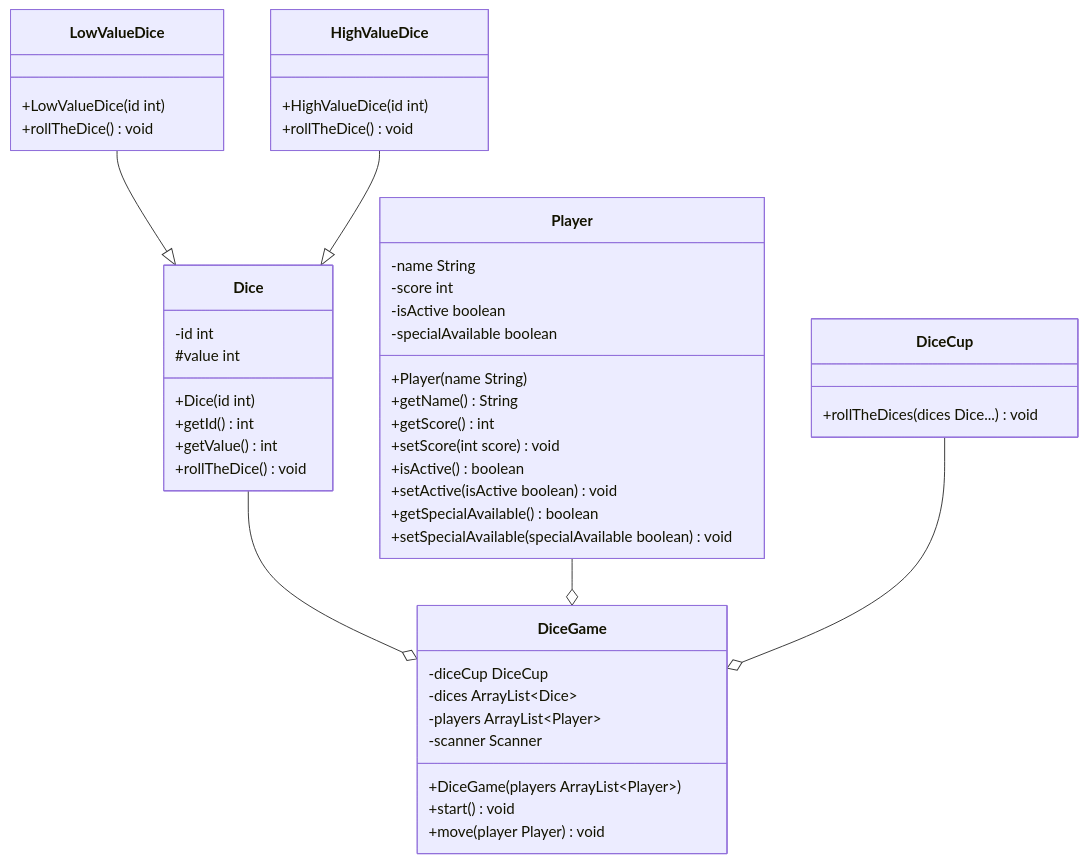
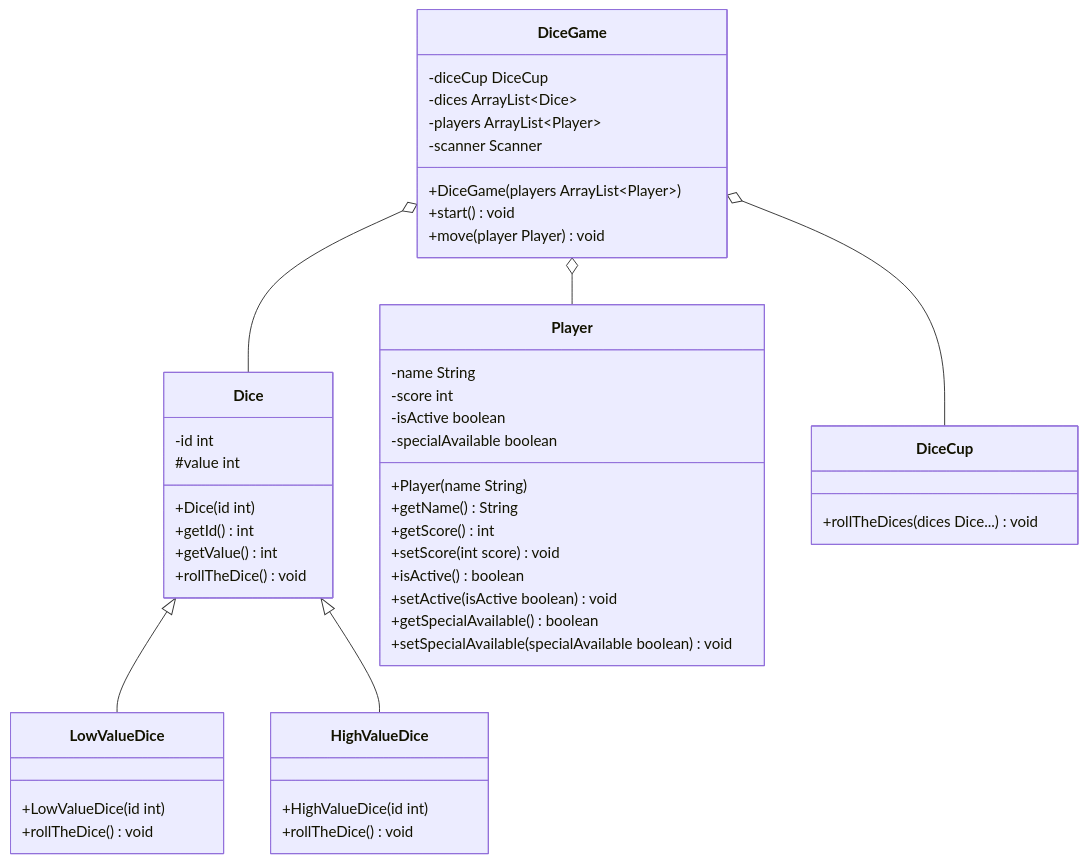
Before and after one commit to jappuccini/java-docs: the diagram in docs/exercises/polymorphy/polymorphy04.md, drawn with Mermaid.

````diff
--- a/docs/exercises/polymorphy/polymorphy04.md
+++ b/docs/exercises/polymorphy/polymorphy04.md
@@ -21,56 +21,56 @@
 ```mermaid
 classDiagram
-    Dice --o DiceGame
-    Player --o DiceGame
-    DiceCup --o DiceGame
-    LowValueDice --|> Dice
-    HighValueDice --|> Dice
+    DiceGame o-- Dice
+    DiceGame o-- Player
+    DiceGame o-- DiceCup
+    Dice <|-- LowValueDice
+    Dice <|-- HighValueDice
 
     class Player {
         -name String
         -score int
         -isActive boolean
         -specialAvailable boolean
         +Player(name String)
         +getName() String
         +getScore() int
         +setScore(int score) void
         +isActive() boolean
         +setActive(isActive boolean) void
         +getSpecialAvailable() boolean
         +setSpecialAvailable(specialAvailable boolean) void
     } 
 
     class Dice {
         -id int
         #value int
         +Dice(id int)
         +getId() int
         +getValue() int
         +rollTheDice() void
     }
 
     class LowValueDice {
         +LowValueDice(id int)
         +rollTheDice() void
     }
 
     class HighValueDice {
         +HighValueDice(id int)
         +rollTheDice() void
     }
 
     class DiceCup {
         +rollTheDices(dices Dice...) void
     }
 
     class DiceGame {
         -diceCup DiceCup
         -dices ArrayList~Dice~
         -players ArrayList~Player~
         -scanner Scanner
         +DiceGame(players ArrayList~Player~)
         +start() void
         +move(player Player) void
     }
 ```
````
